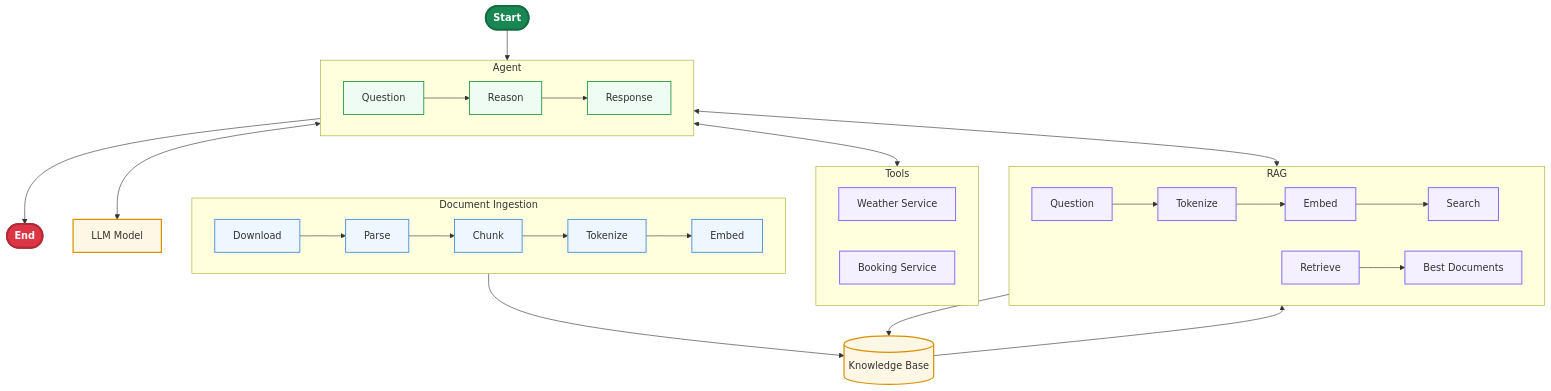
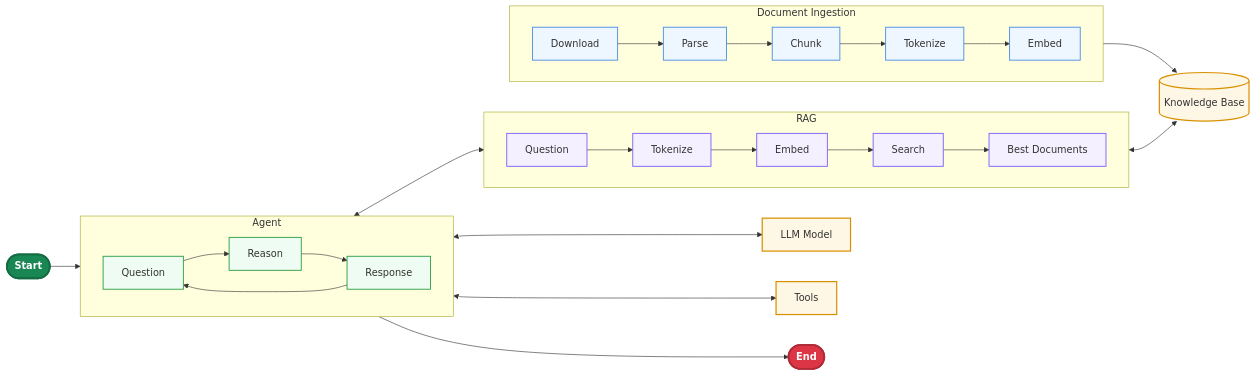
Before and after one commit to QuentinElGuay/portfolio-ai-tour-guide: the diagram in docs/diagrams/ingestion-agent-rag.mmd, drawn with Mermaid.

Commit message:
improve ingestion-agent-rag.mmd

```diff
--- a/docs/diagrams/ingestion-agent-rag.mmd
+++ b/docs/diagrams/ingestion-agent-rag.mmd
@@ -1,83 +1,78 @@
-flowchart TB
+flowchart LR
     %% -------------------------
-    %% Entry / Exit
+    %% Entry
     %% -------------------------
     START([Start])
-    END([End])
+
+    %% -------------------------
+    %% RAG
+    %% -------------------------
+    subgraph RAG[RAG]
+        direction LR
+        Q1[Question] --> T1[Tokenize] --> V1[Embed] --> S1[Search] --> BD[Best Documents]
+    end
 
     %% -------------------------
     %% Ingestion
     %% -------------------------
     subgraph ING[Document Ingestion]
         direction LR
         A[Download] --> B[Parse] --> C[Chunk] --> D[Tokenize] --> E[Embed]
     end
 
     %% -------------------------
     %% Shared components
     %% -------------------------
     KB[(Knowledge Base)]
     LLM[LLM Model]
-
-    %% -------------------------
-    %% RAG
-    %% -------------------------
-    subgraph RAG[RAG]
-        direction LR
-        Q1[Question] --> T1[Tokenize] --> V1[Embed] --> S1[Search]
-        R1[Retrieve] --> BD[Best Documents]
-    end
+    TOOLS[Tools]
 
     %% -------------------------
     %% Agent
     %% -------------------------
     subgraph AG[Agent]
         direction LR
         Q2[Question] --> R2[Reason] --> O2[Response]
     end
 
+
     %% -------------------------
-    %% Tools
+    %% Exit
     %% -------------------------
-    subgraph TOOLS[Tools]
-        direction LR
-        W[Weather Service]
-        BKG[Booking Service]
-    end
+    END([End])
 
     %% Entry / Exit connections
     START --> Q2
     O2 --> END
+    O2 --> Q2
 
     %% Ingestion output
     E --> KB
 
     %% RAG interactions
-    S1 --> KB
-    KB --> R1
+    S1 <--> KB
 
     %% Agent interactions
+    R2 <--> RAG
+    R2 <--> TOOLS
     R2 <--> LLM
-    R2 <--> TOOLS
-    R2 <--> RAG
 
     %% -------------------------
     %% Styling
     %% -------------------------
     classDef ingress fill:#eef6ff,stroke:#4a90e2,stroke-width:1.5px;
     classDef rag fill:#f5f0ff,stroke:#7b61ff,stroke-width:1.5px;
     classDef agent fill:#eefcf3,stroke:#2f9e44,stroke-width:1.5px;
     classDef shared fill:#fff7e6,stroke:#d99000,stroke-width:2px;
     classDef tool fill:#f5f0ff,stroke:#7b61ff,stroke-width:1.5px;
     classDef terminal fill:#111111,color:#ffffff,stroke:#111111,stroke-width:2.5px;
 
     classDef startNode fill:#198754,color:#ffffff,stroke:#146c43,stroke-width:3px,font-weight:bold;
     classDef endNode fill:#dc3545,color:#ffffff,stroke:#b02a37,stroke-width:3px,font-weight:bold;
 
     class A,B,C,D,E ingress;
     class Q1,T1,V1,S1,R1,BD rag;
     class Q2,R2,O2 agent;
-    class KB,LLM shared;
-    class W,BKG tool;
+    class KB,LLM,TOOLS shared;
     class START startNode;
     class END endNode;
```
